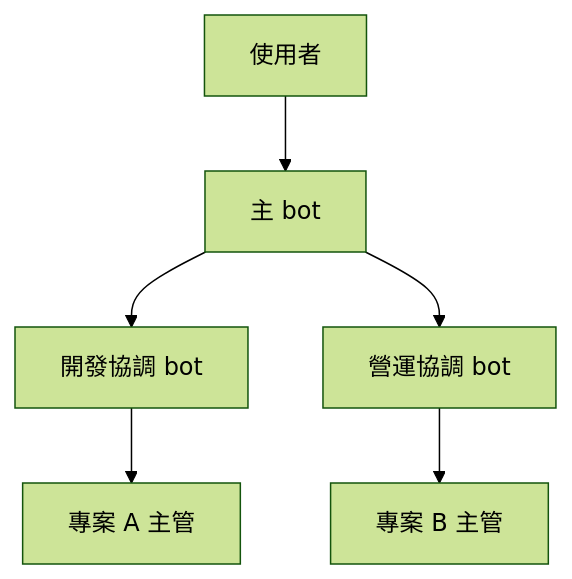
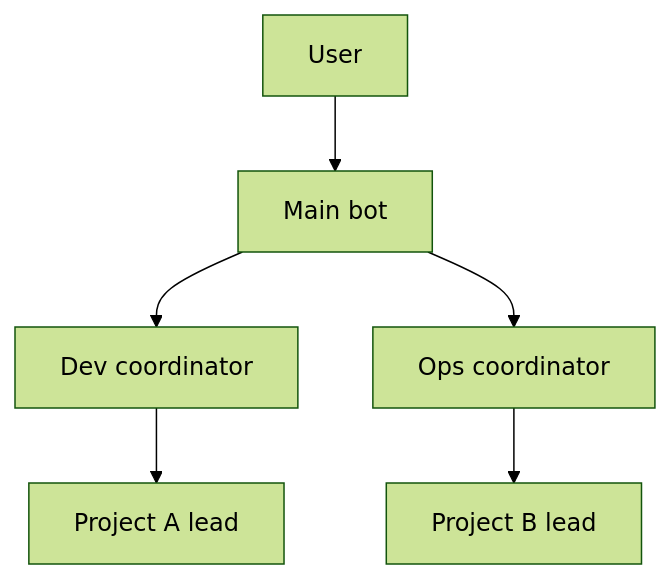
The first of 2 diagrams in docs/architecture.md (chemistrywow31/grok-team), drawn with Mermaid (forest theme) before and after one commit. The commit also changed other lines of this file and 17 other files, not shown here.

````diff
--- a/docs/architecture.md
+++ b/docs/architecture.md
@@ -16,14 +20,14 @@
 ```mermaid
 flowchart TD
-  user[使用者]
-  main[主 bot]
-  dev[開發協調 bot]
-  ops[營運協調 bot]
-  a[專案 A 主管]
-  b[專案 B 主管]
+  user[User]
+  main[Main bot]
+  dev[Dev coordinator]
+  ops[Ops coordinator]
+  a[Project A lead]
+  b[Project B lead]
   user --> main
   main --> dev
   main --> ops
   dev --> a
   ops --> b
 ```
````
